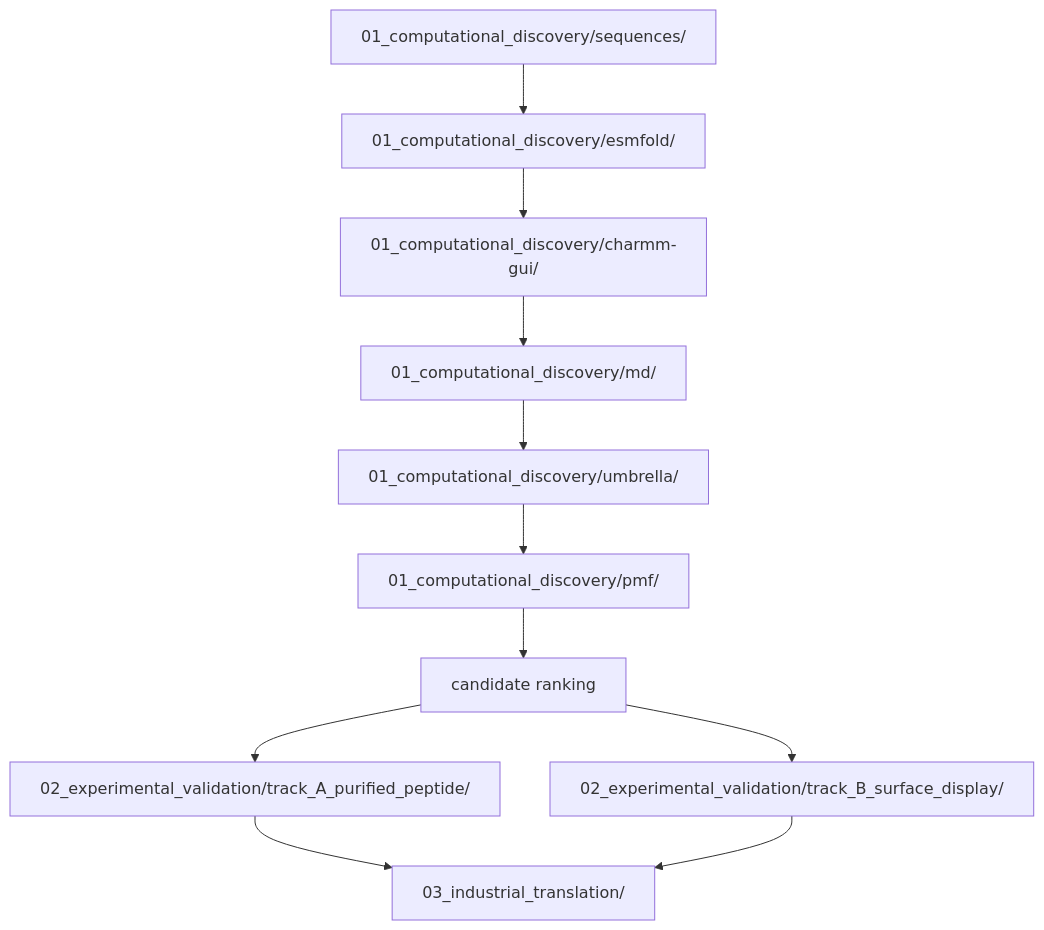
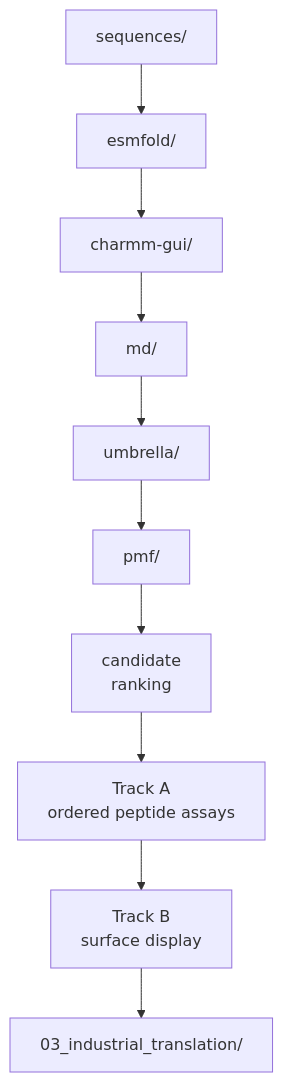
The first of 3 diagrams in 06_project_operations/docs/repository_guide.md (jackyissocute/LiSPER), drawn with Mermaid before and after one commit. The commit also changed other lines of this file and 11 other files, not shown here.

````diff
--- a/06_project_operations/docs/repository_guide.md
+++ b/06_project_operations/docs/repository_guide.md
@@ -7,13 +7,26 @@
 ```mermaid
 flowchart TD
-    A["01_computational_discovery/sequences/"] --> B["01_computational_discovery/esmfold/"]
-    B --> C["01_computational_discovery/charmm-gui/"]
-    C --> D["01_computational_discovery/md/"]
-    D --> E["01_computational_discovery/umbrella/"]
-    E --> F["01_computational_discovery/pmf/"]
-    F --> G["candidate ranking"]
-    G --> H["02_experimental_validation/track_A_purified_peptide/"]
-    G --> I["02_experimental_validation/track_B_surface_display/"]
-    H --> J["03_industrial_translation/"]
-    I --> J
+    accTitle: LiSPER Main Data Flow
+    accDescr: The main data flow moves from computational discovery to ordered synthetic peptide binding validation, then to surface-display engineering and industrial translation.
+
+    sequences["sequences/"]
+    esmfold["esmfold/"]
+    charmm_gui["charmm-gui/"]
+    md["md/"]
+    umbrella["umbrella/"]
+    pmf["pmf/"]
+    ranking["candidate<br/>ranking"]
+    ordered_peptides["Track A<br/>ordered peptide assays"]
+    display["Track B<br/>surface display"]
+    translation["03_industrial_translation/"]
+
+    sequences --> esmfold
+    esmfold --> charmm_gui
+    charmm_gui --> md
+    md --> umbrella
+    umbrella --> pmf
+    pmf --> ranking
+    ranking --> ordered_peptides
+    ordered_peptides --> display
+    display --> translation
 ```
````
